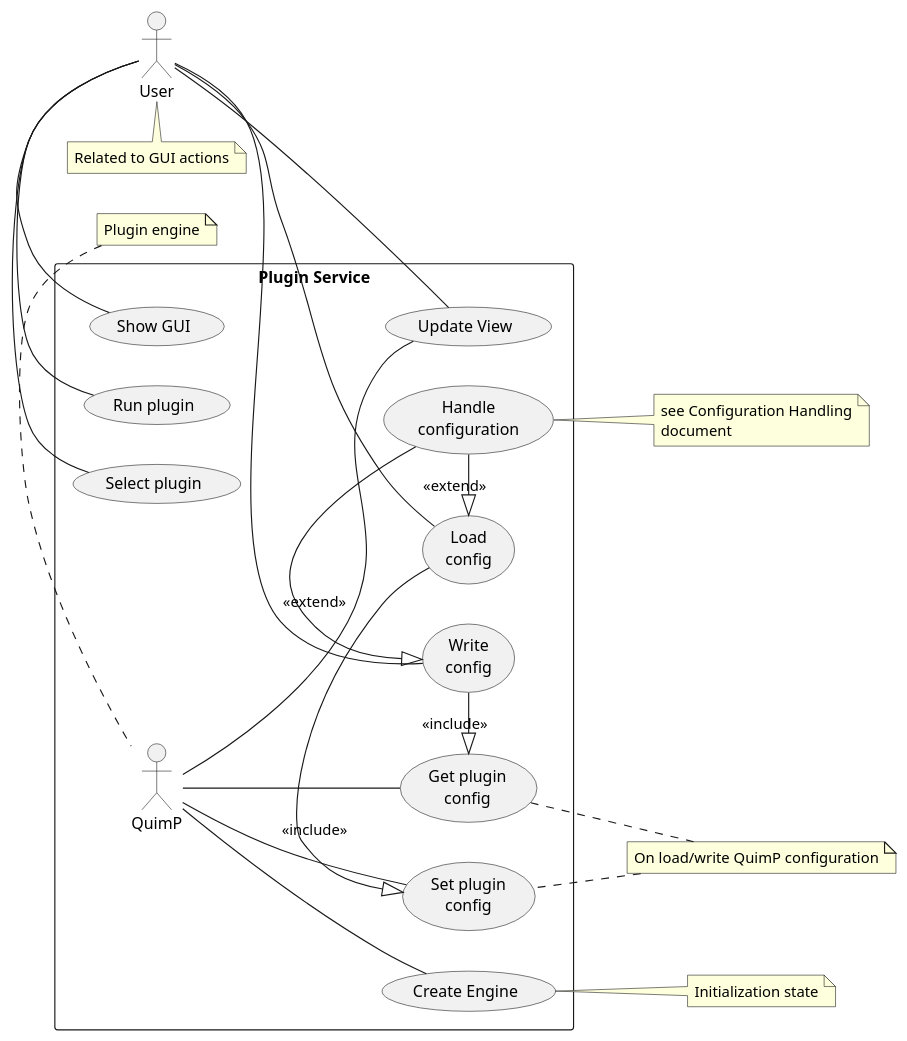
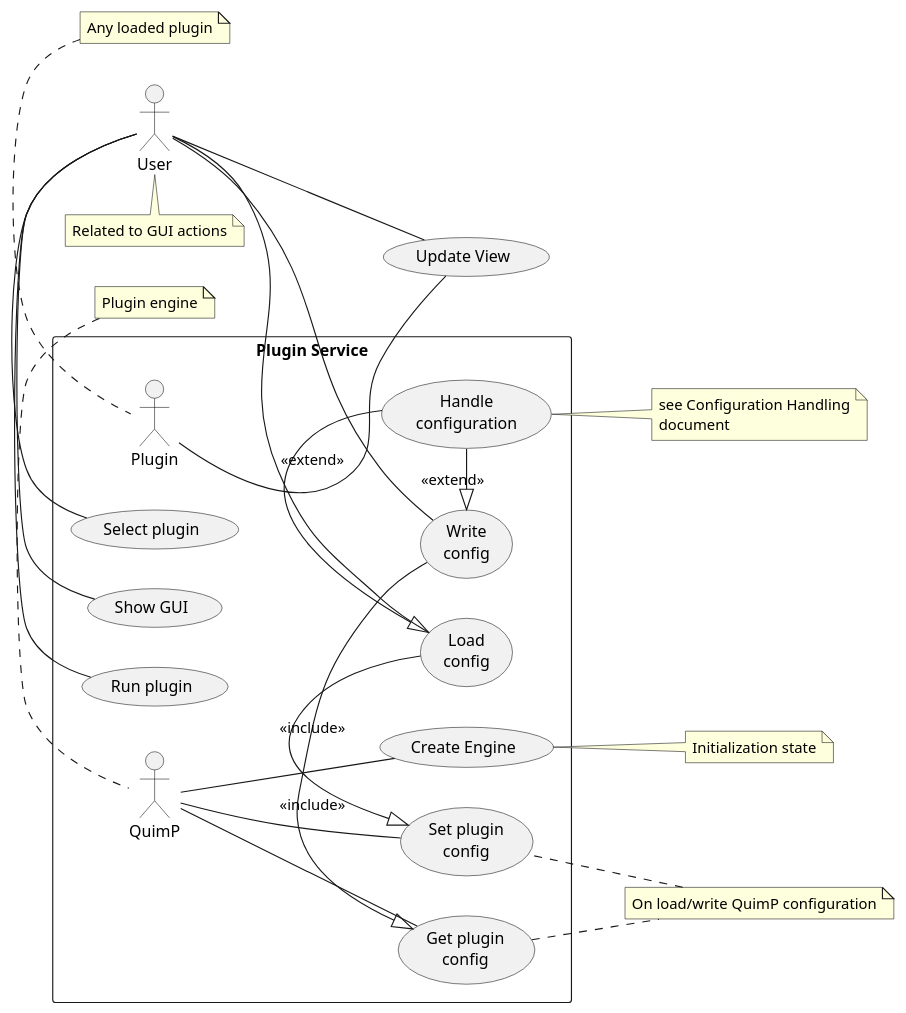
One commit to CellDynamics/QuimP changed the first of 11 diagrams in Doxygen_doc/SnakePlugin.md. Above: the diagram before and after it, drawn with PlantUML. The commit also changed other lines of this file and 2 other files, not shown here.

```diff
--- a/Doxygen_doc/SnakePlugin.md
+++ b/Doxygen_doc/SnakePlugin.md
@@ -63,29 +63,32 @@
 @startuml
 left to right direction
 
 :User: as user
 rectangle "Plugin Service" {
     :QuimP: as quimp
+    :Plugin: as plugin
     quimp--(Create Engine)
     user-(Run plugin)
     user-(Select plugin)
     user-(Show GUI)
     user-(Load\nconfig)
     user--(Write\nconfig)
     quimp--(Get plugin\nconfig)
     quimp--(Set plugin\nconfig)
-    quimp--(Update View)
-    user--(Update View)
+
     (Get plugin\nconfig)<|-(Write\nconfig):<<include>>
     (Set plugin\nconfig)<|-(Load\nconfig):<<include>>
     (Write\nconfig)<|-(Handle\nconfiguration):<<extend>>
     (Load\nconfig)<|-(Handle\nconfiguration):<<extend>>
 }
+    plugin--(Update View)
+    user--(Update View)
 note bottom of user : Related to GUI actions
 note top of quimp : Plugin engine
+note top of plugin : Any loaded plugin
 note right of (Create Engine) : Initialization state
 note "On load/write QuimP configuration" as N2
 (Get plugin\nconfig) .. N2
 N2 .. (Set plugin\nconfig)
 note right of (Handle\nconfiguration) : see Configuration Handling\ndocument
 @enduml
```
